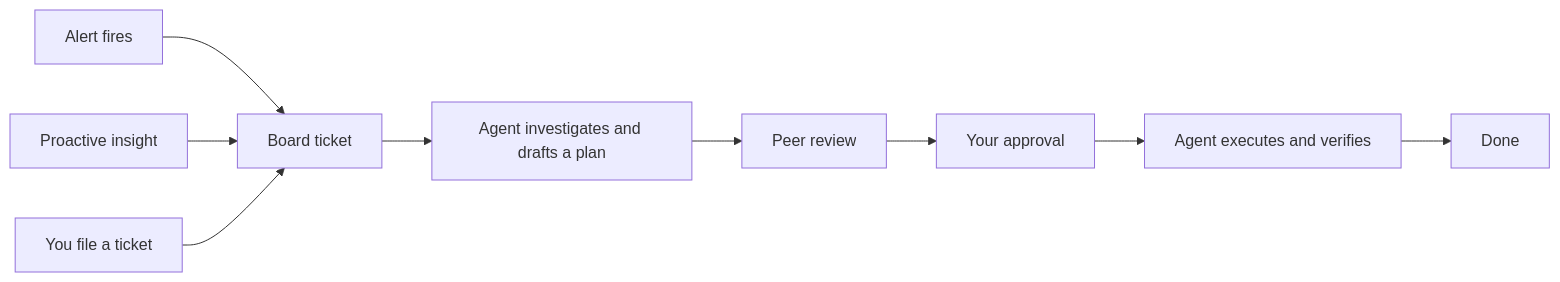
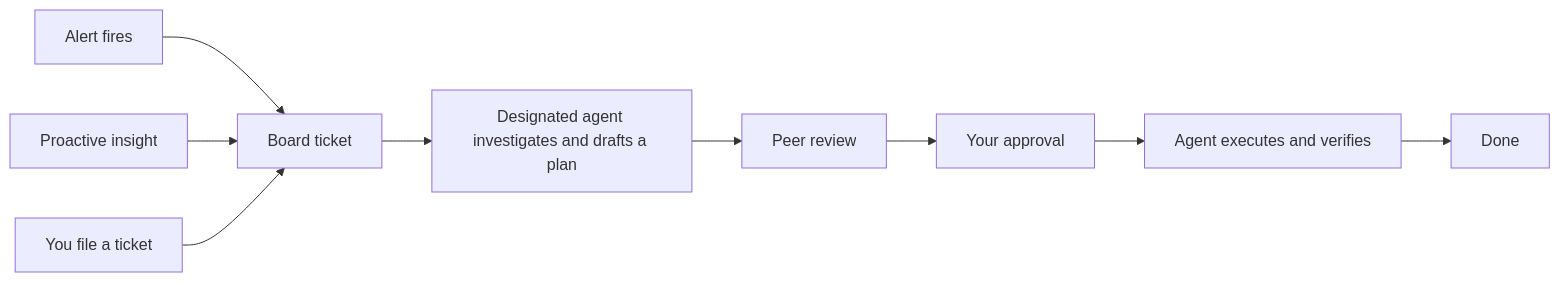
One commit to ankraio/ankra-docs changed the diagram in platform/ai-overview.mdx. Above: the diagram before and after it, drawn with Mermaid. The commit also changed other lines of this file and 3 other files, not shown here.

````diff
--- a/platform/ai-overview.mdx
+++ b/platform/ai-overview.mdx
@@ -49,11 +86,11 @@
 ```mermaid
 flowchart LR
     A[Alert fires] --> T[Board ticket]
     I[Proactive insight] --> T
     H[You file a ticket] --> T
-    T --> W[Agent investigates and drafts a plan]
+    T --> W[Designated agent investigates and drafts a plan]
     W --> R[Peer review]
     R --> P[Your approval]
     P --> E[Agent executes and verifies]
     E --> D[Done]
 ```
````
